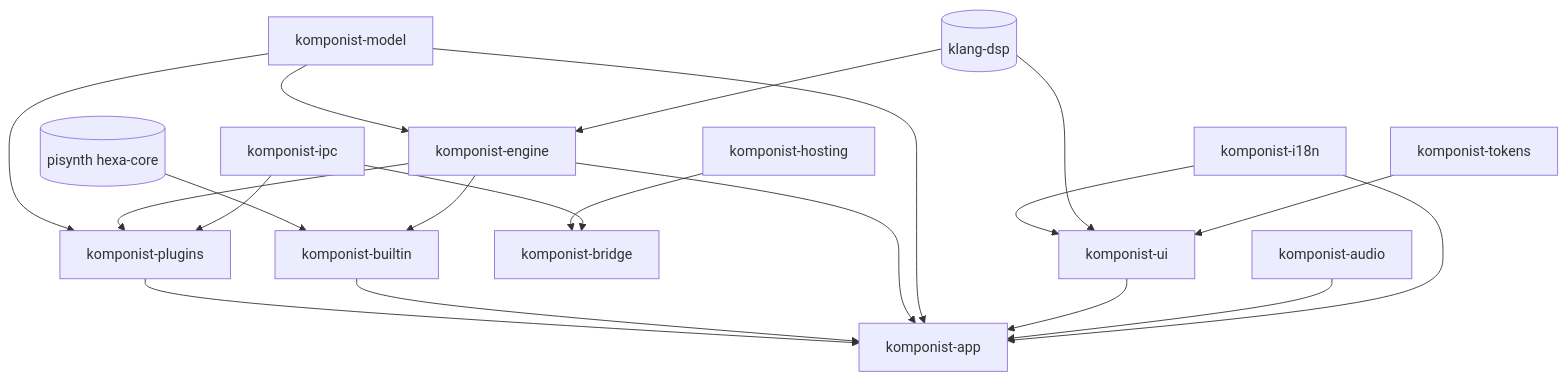
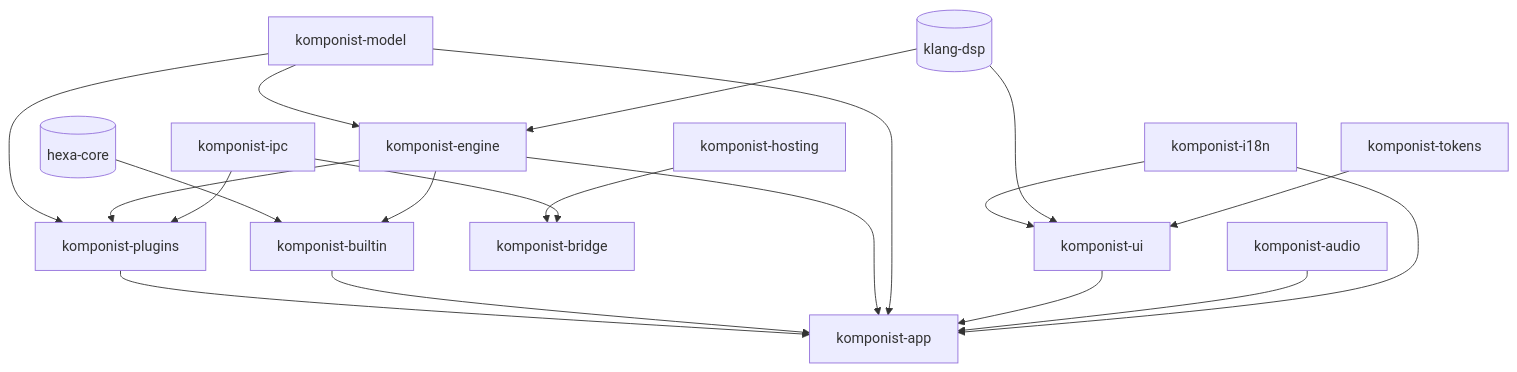
The diagram in docs/ARCHITECTURE.md (klang-studio/komponist), drawn with Mermaid before and after one commit. The commit also changed other lines of this file and 196 other files, not shown here.

First line of the commit message:
Rename the built-in FM synth to hexa

````diff
--- a/docs/ARCHITECTURE.md
+++ b/docs/ARCHITECTURE.md
@@ -167,22 +167,22 @@
 ```mermaid
 graph TD
   tokens[komponist-tokens] --> ui[komponist-ui]
   dsp[(klang-dsp)] --> ui
   dsp --> engine[komponist-engine]
   model[komponist-model] --> engine
   engine --> builtin[komponist-builtin]
-  synth[(pisynth hexa-core)] --> builtin
+  synth[(hexa-core)] --> builtin
   ipc[komponist-ipc] --> bridge[komponist-bridge]
   hosting[komponist-hosting] --> bridge
   ipc --> plugins[komponist-plugins]
   engine --> plugins
   model --> plugins
   i18n[komponist-i18n] --> ui
   i18n --> app
   audio[komponist-audio] --> app[komponist-app]
   ui --> app
   model --> app
   engine --> app
   builtin --> app
   plugins --> app
 ```
````
